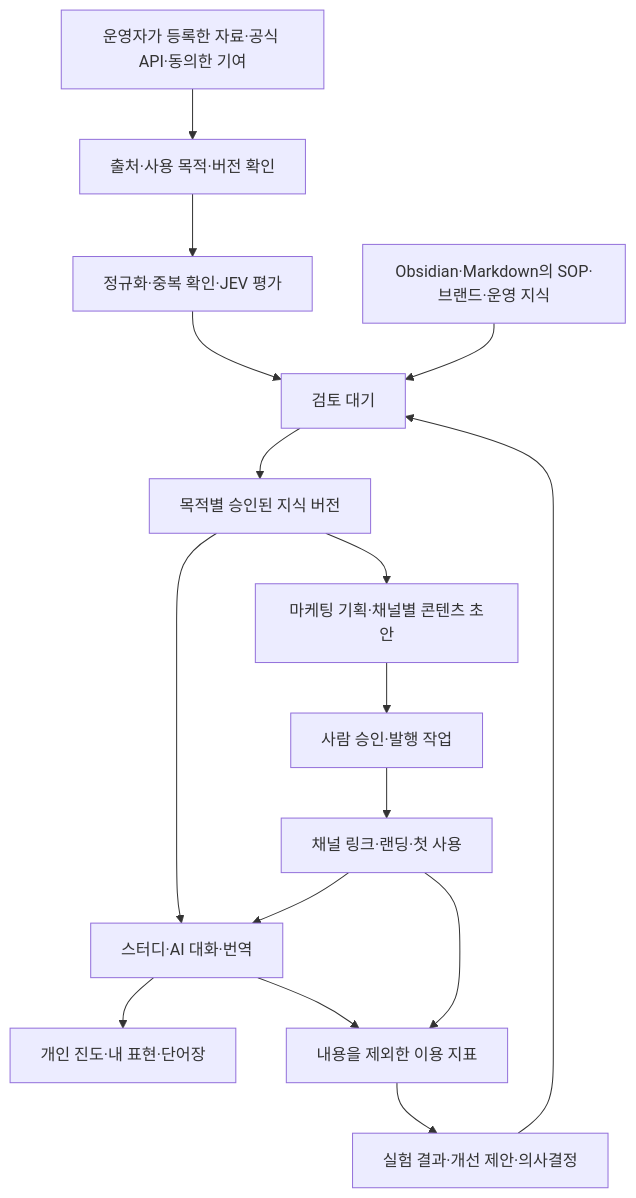
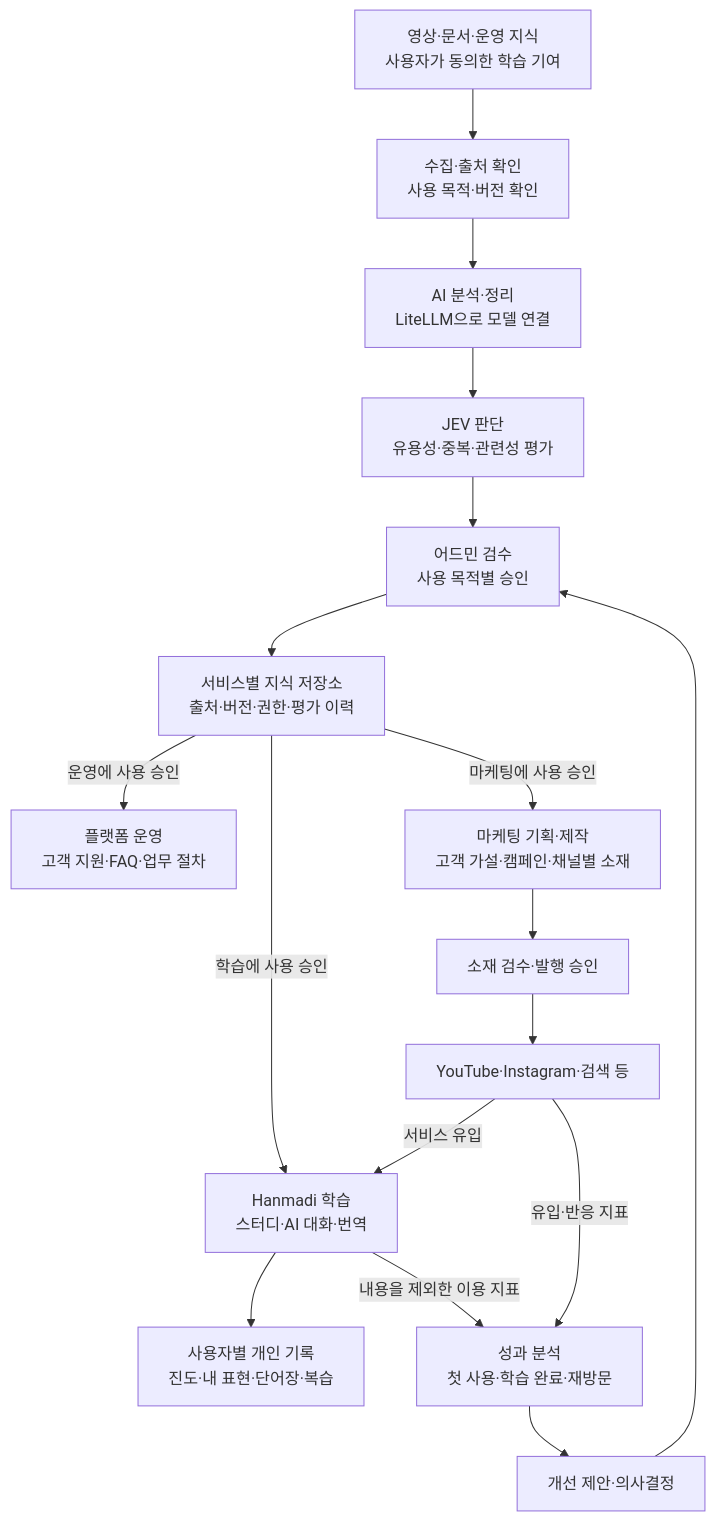
Before and after one commit to hhj4861/commerce-automation-kit: the first of 2 diagrams in docs/architecture/platform-knowledge-operations.md, drawn with Mermaid. The commit also changed other lines of this file, not shown here.

Commit message:
docs: add platform architecture and storage diagrams

````diff
--- a/docs/architecture/platform-knowledge-operations.md
+++ b/docs/architecture/platform-knowledge-operations.md
@@ -35,18 +41,25 @@
 ```mermaid
 flowchart TD
-    A[운영자가 등록한 자료·공식 API·동의한 기여] --> B[출처·사용 목적·버전 확인]
-    B --> C[정규화·중복 확인·JEV 평가]
-    C --> D[검토 대기]
-    D --> E[목적별 승인된 지식 버전]
-    E --> F[스터디·AI 대화·번역]
-    E --> G[마케팅 기획·채널별 콘텐츠 초안]
-    G --> H[사람 승인·발행 작업]
-    H --> I[채널 링크·랜딩·첫 사용]
-    I --> F
-    F --> J[개인 진도·내 표현·단어장]
-    F --> K[내용을 제외한 이용 지표]
-    I --> K
-    K --> L[실험 결과·개선 제안·의사결정]
-    L --> D
-    M[Obsidian·Markdown의 SOP·브랜드·운영 지식] --> D
+    SRC["영상·문서·운영 지식<br/>사용자가 동의한 학습 기여"]
+    INTAKE["수집·출처 확인<br/>사용 목적·버전 확인"]
+    AI["AI 분석·정리<br/>LiteLLM으로 모델 연결"]
+    JEV["JEV 판단<br/>유용성·중복·관련성 평가"]
+    ADMIN["어드민 검수<br/>사용 목적별 승인"]
+    KB["서비스별 지식 저장소<br/>출처·버전·권한·평가 이력"]
+
+    SRC --> INTAKE --> AI --> JEV --> ADMIN --> KB
+
+    KB -->|학습에 사용 승인| APP["Hanmadi 학습<br/>스터디·AI 대화·번역"]
+    KB -->|운영에 사용 승인| OPS["플랫폼 운영<br/>고객 지원·FAQ·업무 절차"]
+    KB -->|마케팅에 사용 승인| MKT["마케팅 기획·제작<br/>고객 가설·캠페인·채널별 소재"]
+
+    APP --> PERSONAL["사용자별 개인 기록<br/>진도·내 표현·단어장·복습"]
+    MKT --> APPROVE["소재 검수·발행 승인"]
+    APPROVE --> CHANNEL["YouTube·Instagram·검색 등"]
+    CHANNEL -->|서비스 유입| APP
+
+    APP -->|내용을 제외한 이용 지표| METRIC["성과 분석<br/>첫 사용·학습 완료·재방문"]
+    CHANNEL -->|유입·반응 지표| METRIC
+    METRIC --> IMPROVE["개선 제안·의사결정"]
+    IMPROVE --> ADMIN
 ```
````
